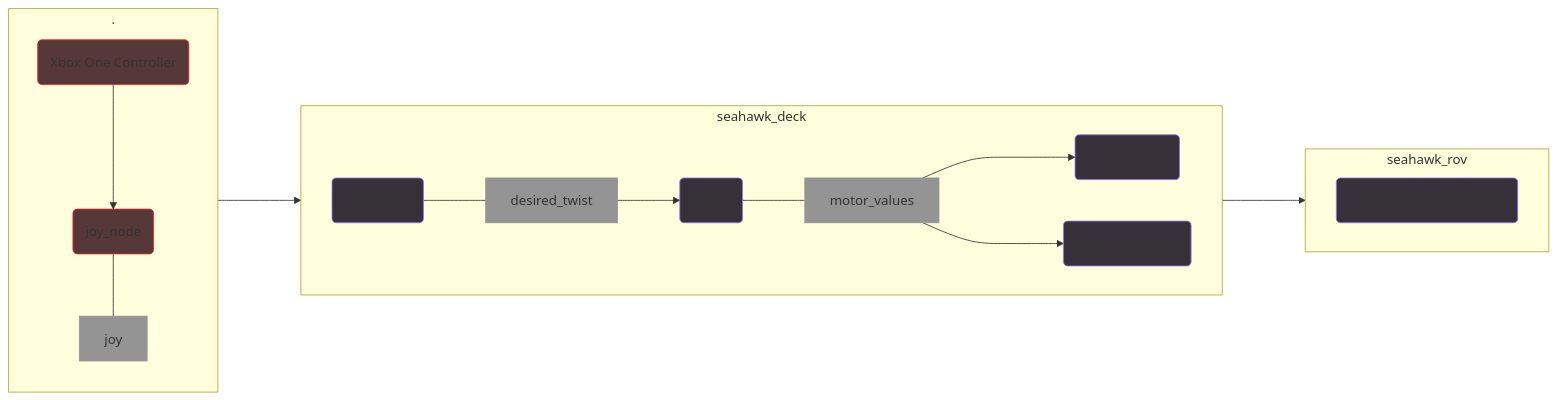
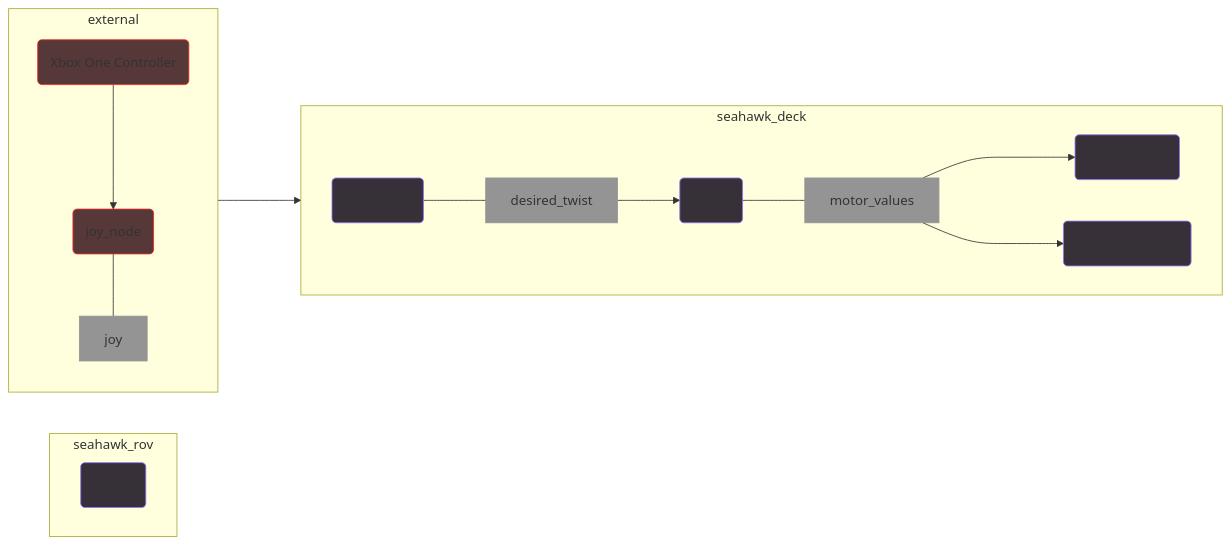
One commit to CabrilloRoboticsClub/cabrillo_rov_2023 changed the diagram in doc/architecture.md. Above: the diagram before and after it, drawn with Mermaid. The commit also changed other lines of this file, not shown here.

Commit message:
Updated flowchart to include debug

````diff
--- a/doc/architecture.md
+++ b/doc/architecture.md
@@ -5,23 +5,23 @@
 ```mermaid
 flowchart LR
  subgraph seahawk_deck
         direction LR
         id_in --- id_desired_twist[desired_twist]:::top--> id_thrust(thrust):::node
         id_thrust--- id_motor_values[motor_values]:::top--->id_rviz(rviz_markers)
         id_motor_values ---> id_motor_encoding(motor_encoding):::node
     end
 
     subgraph seahawk_rov
         direction LR
-        id_motor_encoding ---> id(aaaaaaaaaaaaaaaaaaaaa)
+        debug_id(debug)
     end
 
-    subgraph .
+    subgraph external
         direction TB
         id_xbox(Xbox One Controller):::out ---> id_joy_n(joy_node):::out
         id_joy_n(joy_node):::out --- id_joy_t[joy]:::top ---> id_in(pilot_input):::node
     end
     classDef node stroke:#9172f8, fill:#373038
     classDef out stroke:#F12626, fill:#573838
     classDef top fill:#949494, stroke:#949494
 ```
````
